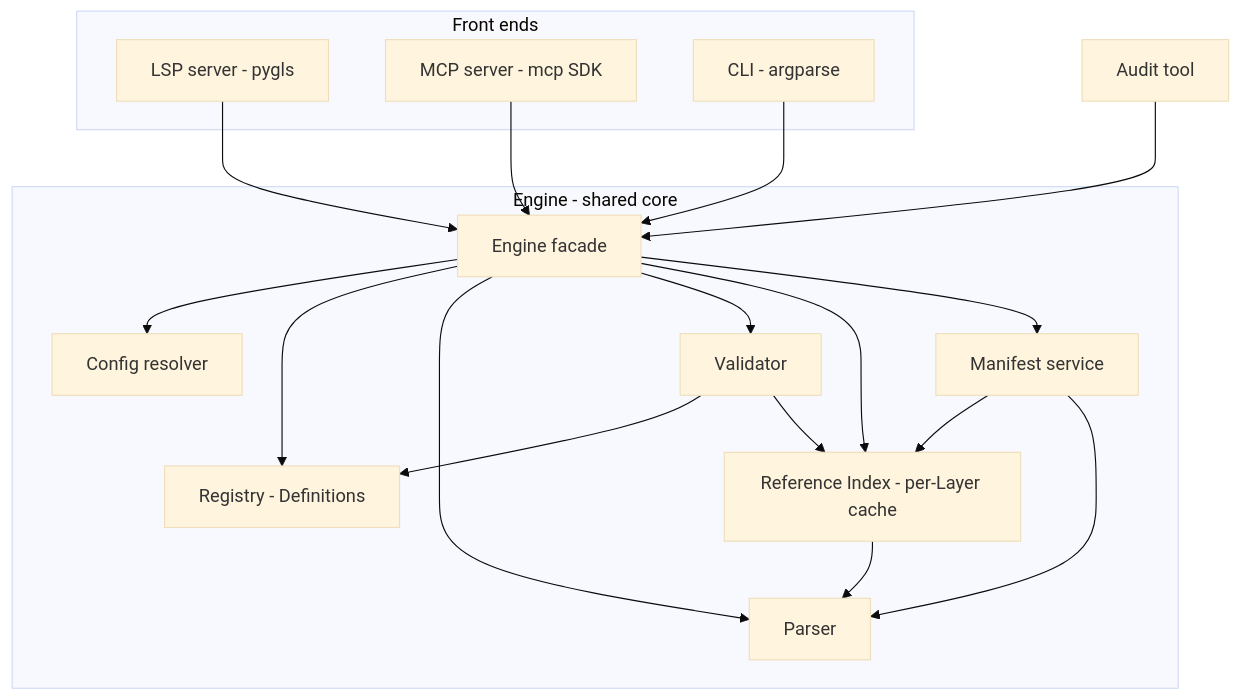
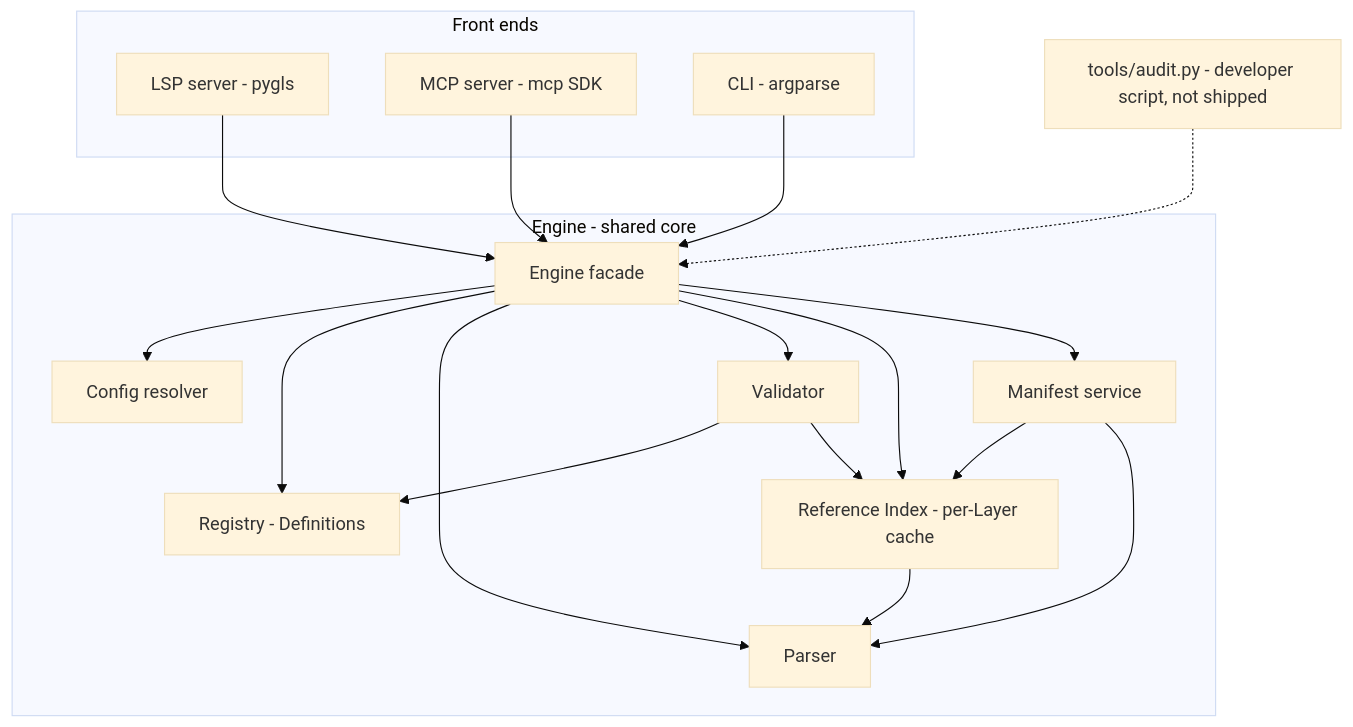
One commit to Donos47/soase-validator changed the first of 2 diagrams in .kiro/specs/soase-validator/design.md. Above: the diagram before and after it, drawn with Mermaid (base theme). The commit also changed other lines of this file and 18 other files, not shown here.

First line of the commit message:
feat(engine,cli): Integrate configure tool and audit script, restructure CLI entries

````diff
--- a/.kiro/specs/soase-validator/design.md
+++ b/.kiro/specs/soase-validator/design.md
@@ -34,36 +36,36 @@
 ```mermaid
 flowchart TD
     subgraph FrontEnds[Front ends]
         LSP[LSP server - pygls]
         MCP[MCP server - mcp SDK]
         CLI[CLI - argparse]
     end
 
     subgraph Engine[Engine - shared core]
         CFG[Config resolver]
         REG[Registry - Definitions]
         PARSE[Parser]
         VAL[Validator]
         IDX[Reference Index - per-Layer cache]
         MAN[Manifest service]
         FACADE[Engine facade]
     end
 
-    AUD[Audit tool]
+    AUD[tools/audit.py - developer script, not shipped]
 
     LSP --> FACADE
     MCP --> FACADE
     CLI --> FACADE
-    AUD --> FACADE
+    AUD -.-> FACADE
     FACADE --> CFG
     FACADE --> REG
     FACADE --> PARSE
     FACADE --> VAL
     FACADE --> IDX
     FACADE --> MAN
     VAL --> REG
     VAL --> IDX
     MAN --> IDX
     MAN --> PARSE
     IDX --> PARSE
 ```
````
